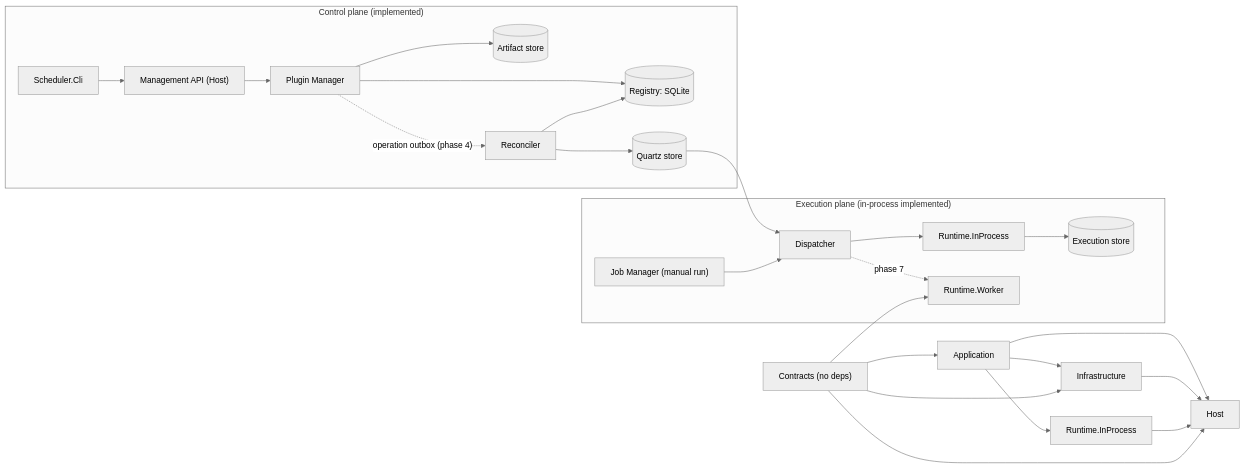
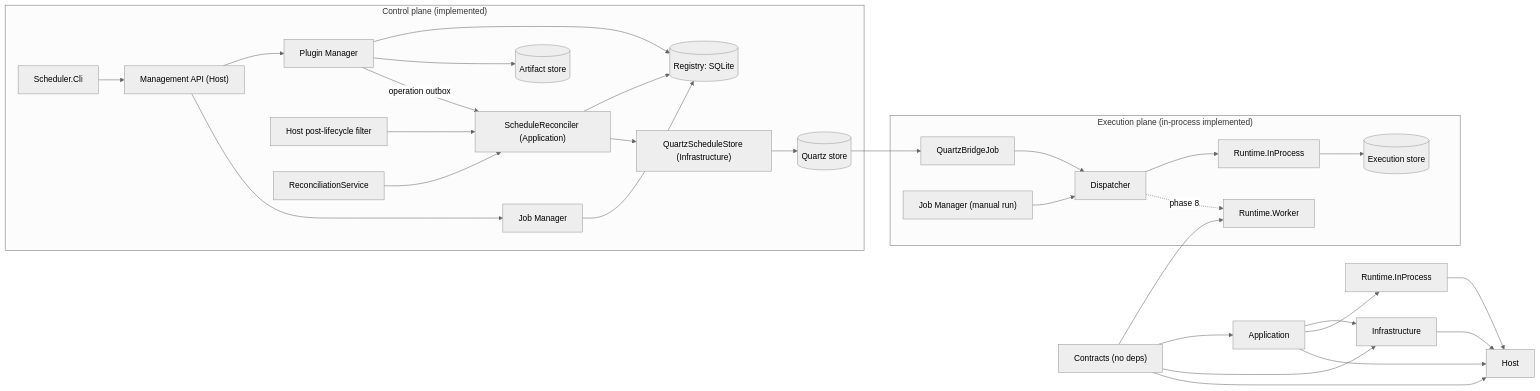
Before and after one commit to nicknad/job-scheduler: the fifth of 5 diagrams in docs/graphs/plugin-workflows.md, drawn with Mermaid (neutral theme). The commit also changed other lines of this file and 40 other files, not shown here.

First line of the commit message:
feat(scheduling): implement Phase 4 Quartz integration and reconciliation

````diff
--- a/docs/graphs/plugin-workflows.md
+++ b/docs/graphs/plugin-workflows.md
@@ -98,28 +133,34 @@
 ```mermaid
 flowchart LR
   subgraph Ctrl["Control plane (implemented)"]
     CLI["Scheduler.Cli"] --> API["Management API (Host)"]
     API --> PM["Plugin Manager"]
+    API --> JM["Job Manager"]
     PM --> REG[("Registry: SQLite")]
+    JM --> REG
     PM --> ART[("Artifact store")]
-    RECON["Reconciler"] --> REG
-    RECON --> QZ[("Quartz store")]
+    FILTER["Host post-lifecycle filter"] --> RECON
+    PERIODIC["ReconciliationService"] --> RECON
+    RECON["ScheduleReconciler (Application)"] --> REG
+    RECON --> STORE["IScheduleStore"]
+    STORE["QuartzScheduleStore (Infrastructure)"] --> QZ[("Quartz store")]
   end
   subgraph Exe["Execution plane (in-process implemented)"]
-    QZ --> DISP["Dispatcher"]
+    QZ --> BRIDGE["QuartzBridgeJob"]
+    BRIDGE --> DISP["Dispatcher"]
     RUN["Job Manager (manual run)"] --> DISP
     DISP --> RT["Runtime.InProcess"]
-    DISP -. "phase 7" .-> RWK["Runtime.Worker"]
+    DISP -. "phase 8" .-> RWK["Runtime.Worker"]
     RT --> EXC[("Execution store")]
   end
-  PM -. "operation outbox (phase 4)" .-> RECON
+  PM -- "operation outbox" --> RECON
   CON["Contracts (no deps)"] --> APP["Application"]
   APP --> INF["Infrastructure"]
   CON --> INF
   APP --> RIP["Runtime.InProcess"]
   CON --> RWK
   APP --> HOST["Host"]
   INF --> HOST
   RIP --> HOST
   CON --> HOST
 ```
````
